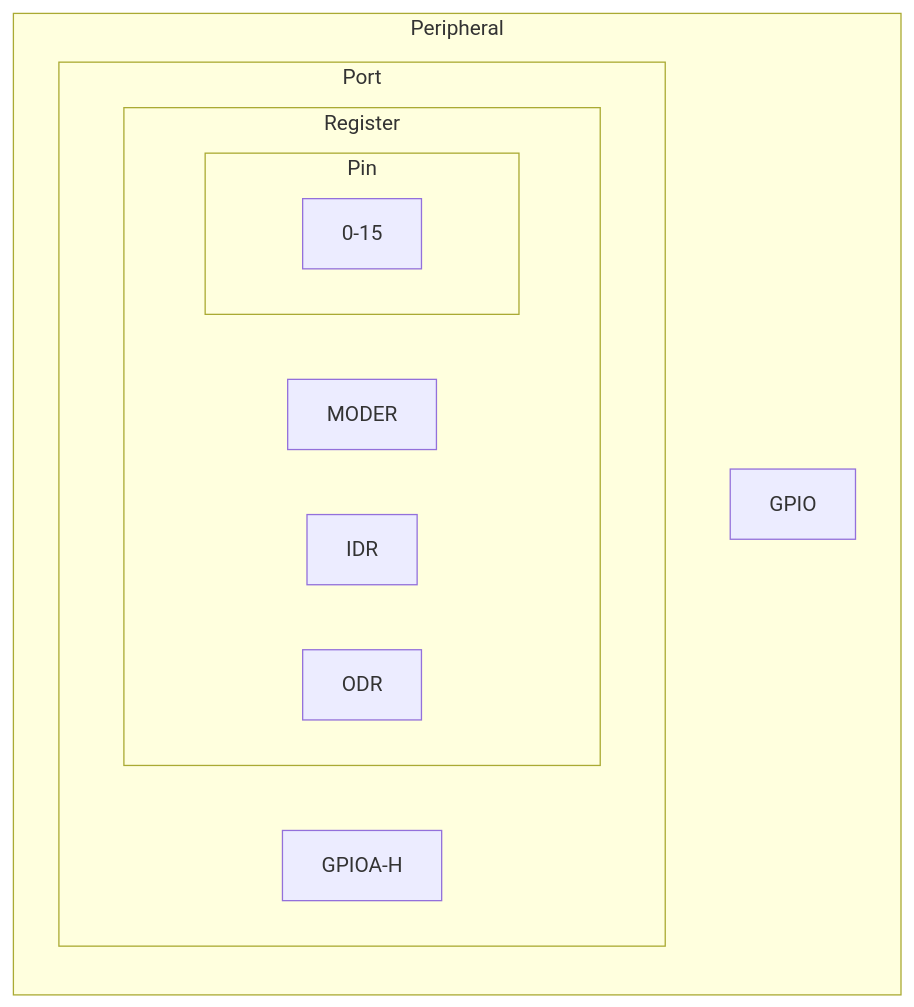
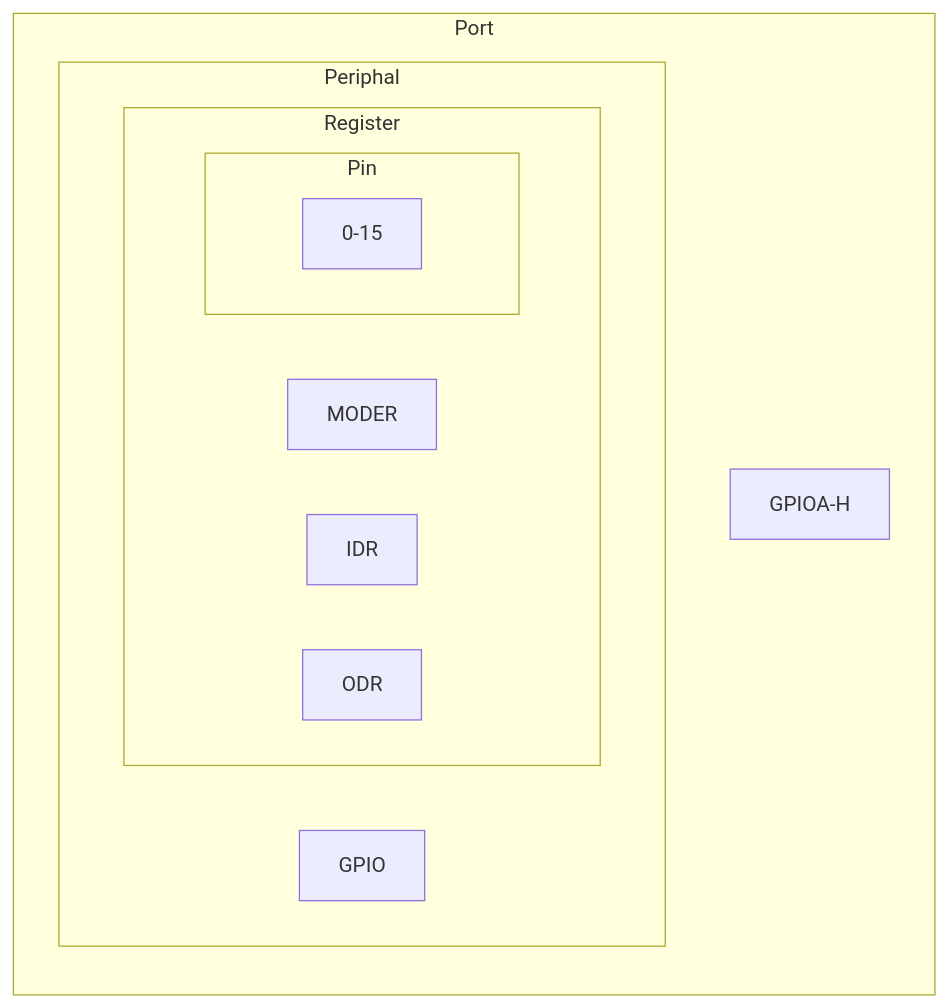
Before and after one commit to coder137/lowlevel_rust: the diagram in minimal_drivers/README.md, drawn with Mermaid. The commit also changed 3 other files, not shown here.

````diff
--- a/minimal_drivers/README.md
+++ b/minimal_drivers/README.md
@@ -50,17 +50,17 @@
 ```mermaid
 graph BT;
-  subgraph Peripheral
-    GPIO
-    subgraph Port
-      GPIOA-H
+  subgraph Port
+    GPIOA-H
+    subgraph Periphal
+      GPIO
       subgraph Register
         MODER
         IDR
         ODR
         subgraph Pin
           0-15
         end
       end
     end
   end
 ```
````
